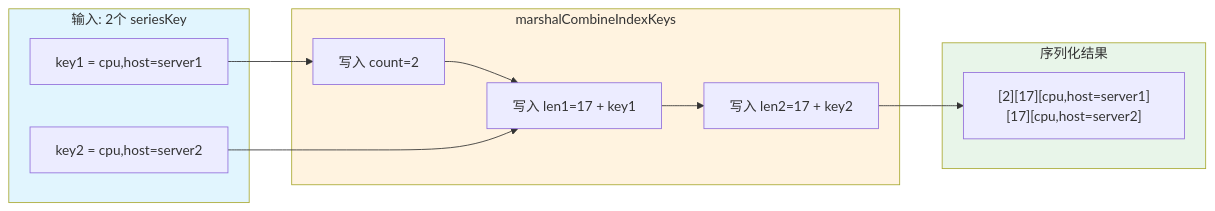
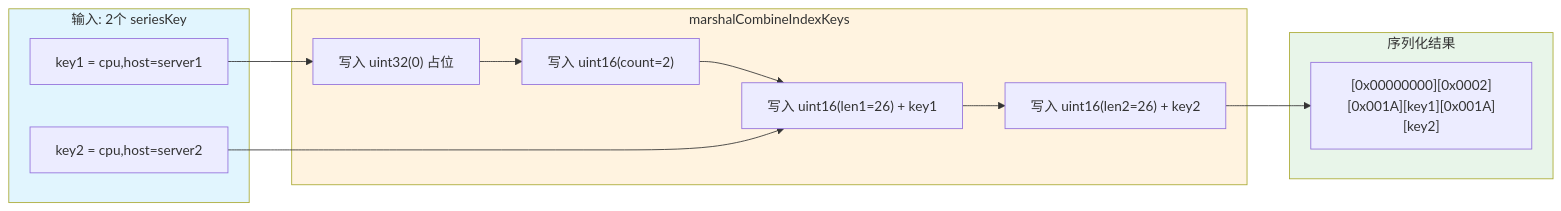
Diagram 29 of 47 in docs/specs/02_index_system_spec.md (stefanv5/openGemini), drawn with Mermaid before and after one commit. The commit also changed other lines of this file and 37 other files, not shown here.

````diff
--- a/docs/specs/02_index_system_spec.md
+++ b/docs/specs/02_index_system_spec.md
@@ -2767,24 +2832,25 @@
 ```mermaid
 flowchart LR
     subgraph Input["输入: 2个 seriesKey"]
         A["key1 = cpu,host=server1"]
         B["key2 = cpu,host=server2"]
     end
 
     subgraph Process["marshalCombineIndexKeys"]
-        C["写入 count=2"]
-        D["写入 len1=17 + key1"]
-        E["写入 len2=17 + key2"]
+        C["写入 uint32(0) 占位"]
+        D["写入 uint16(count=2)"]
+        E["写入 uint16(len1=26) + key1"]
+        F["写入 uint16(len2=26) + key2"]
     end
 
     subgraph Output["序列化结果"]
-        F["[2][17][cpu,host=server1][17][cpu,host=server2]"]
+        G["[0x00000000][0x0002][0x001A][key1][0x001A][key2]"]
     end
 
-    A --> C --> D --> E --> F
-    B --> D
+    A --> C --> D --> E --> F --> G
+    B --> E
 
     style Input fill:#e1f5fe
     style Process fill:#fff3e0
     style Output fill:#e8f5e9
 ```
````
